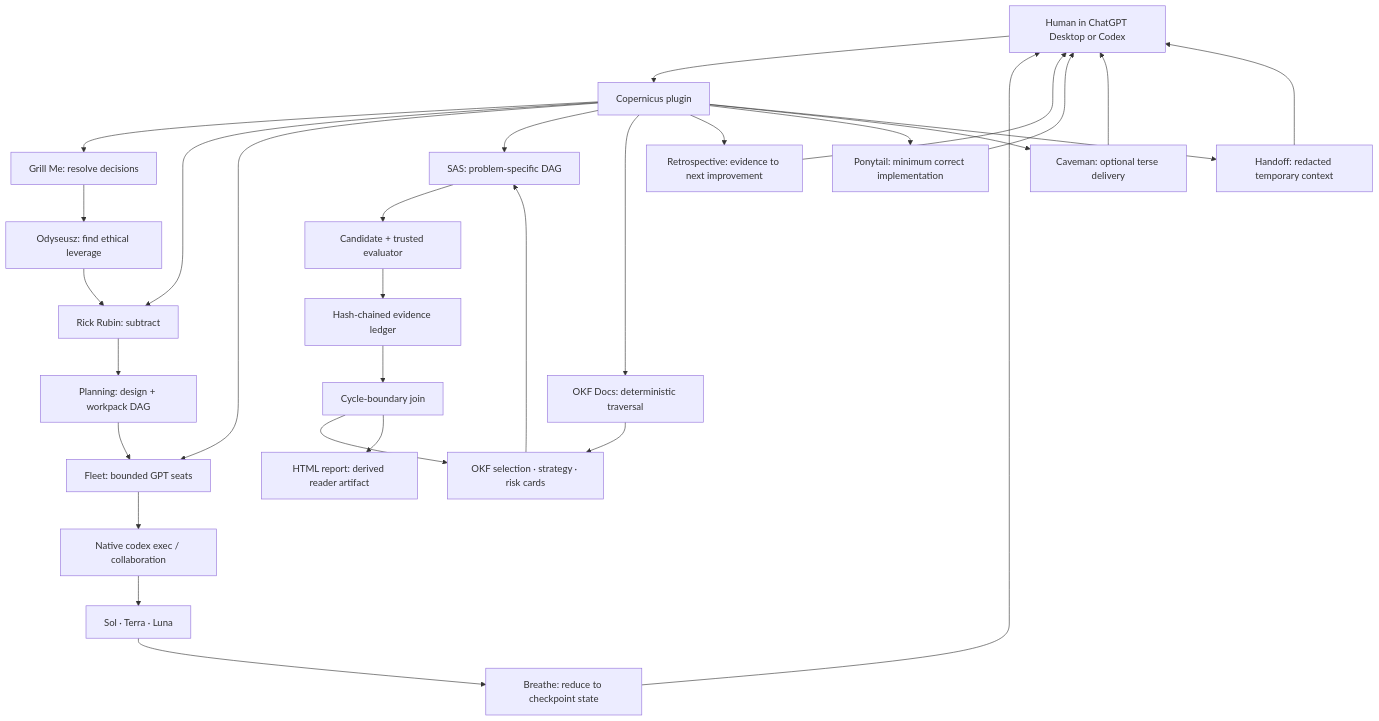
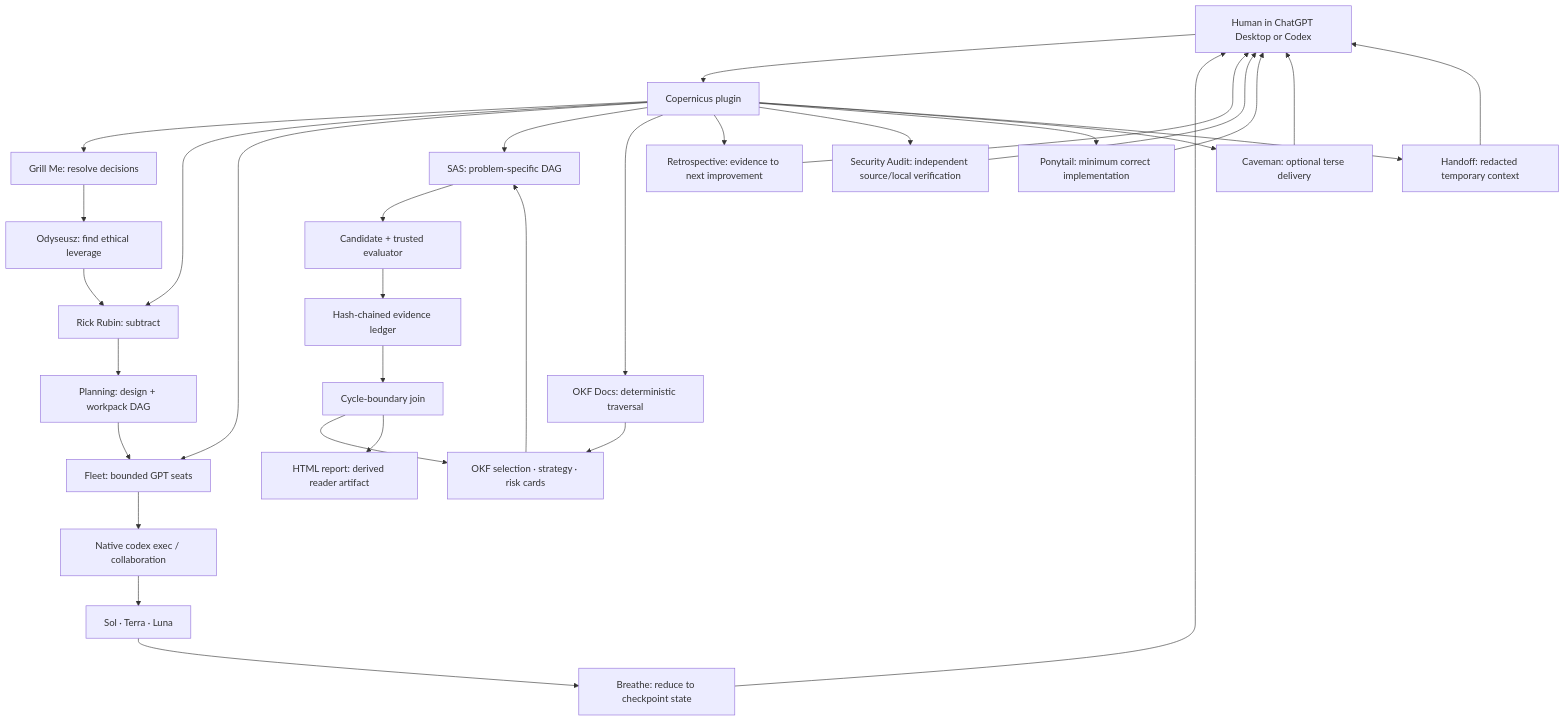
The diagram in docs/copernicus/architecture.md (Babinci/copernicus), drawn with Mermaid before and after one commit. The commit also changed other lines of this file and 30 other files, not shown here.

Commit message:
feat(copernicus): bundle Cloudflare security audit skill

````diff
--- a/docs/copernicus/architecture.md
+++ b/docs/copernicus/architecture.md
@@ -14,32 +14,34 @@
 ```mermaid
 flowchart TD
     U["Human in ChatGPT Desktop or Codex"] --> P["Copernicus plugin"]
     P --> Q["Grill Me: resolve decisions"]
     Q --> L["Odyseusz: find ethical leverage"]
     L --> R
     P --> R["Rick Rubin: subtract"]
     R --> W["Planning: design + workpack DAG"]
     W --> F
     P --> F["Fleet: bounded GPT seats"]
     P --> S["SAS: problem-specific DAG"]
     F --> C["Native codex exec / collaboration"]
     C --> M["Sol · Terra · Luna"]
     M --> B["Breathe: reduce to checkpoint state"]
     B --> U
     S --> G["Candidate + trusted evaluator"]
     G --> E["Hash-chained evidence ledger"]
     E --> J["Cycle-boundary join"]
     J --> O["OKF selection · strategy · risk cards"]
     P --> D["OKF Docs: deterministic traversal"]
     D --> O
     J --> H["HTML report: derived reader artifact"]
     O --> S
     P --> K["Retrospective: evidence to next improvement"]
+    P --> A["Security Audit: independent source/local verification"]
+    A --> U
     P --> Y["Ponytail: minimum correct implementation"]
     P --> V["Caveman: optional terse delivery"]
     P --> T["Handoff: redacted temporary context"]
     K --> U
     Y --> U
     V --> U
     T --> U
 ```
````
